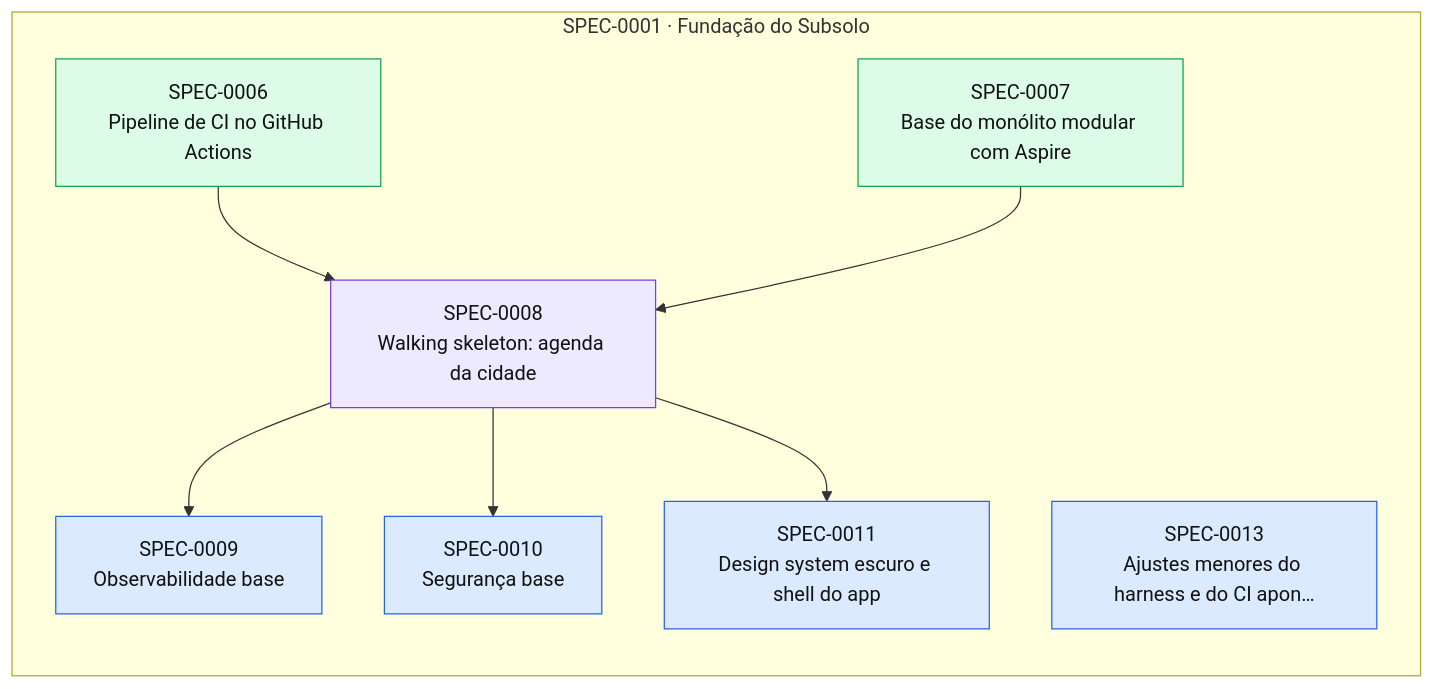
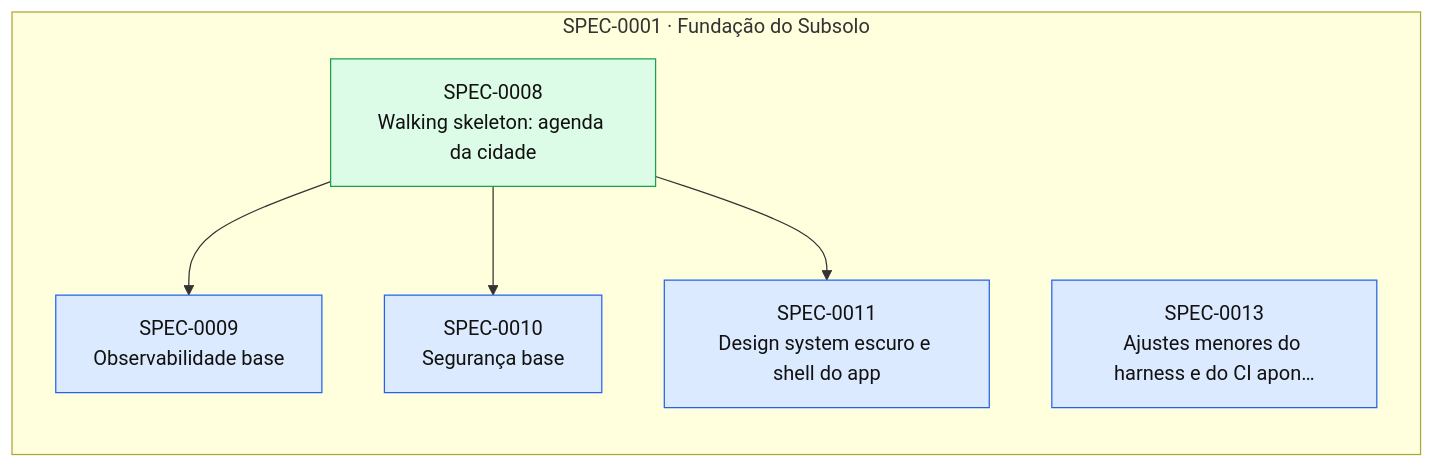
Before and after one commit to thomasravache/subsolo: the diagram in docs/specs/INDEX.md, drawn with Mermaid. The commit also changed other lines of this file and 1 other file, not shown here.

First line of the commit message:
docs(sdd): mark SPEC-0008 implemented

````diff
--- a/docs/specs/INDEX.md
+++ b/docs/specs/INDEX.md
@@ -65,22 +64,18 @@
 ```mermaid
 flowchart LR
   subgraph E0001["SPEC-0001 · Fundação do Subsolo"]
-    S0006["SPEC-0006<br/>Pipeline de CI no GitHub Actions"]:::implemented
-    S0007["SPEC-0007<br/>Base do monólito modular com Aspire"]:::implemented
-    S0008["SPEC-0008<br/>Walking skeleton: agenda da cidade"]:::inprogress
+    S0008["SPEC-0008<br/>Walking skeleton: agenda da cidade"]:::implemented
     S0009["SPEC-0009<br/>Observabilidade base"]:::approved
     S0010["SPEC-0010<br/>Segurança base"]:::approved
     S0011["SPEC-0011<br/>Design system escuro e shell do app"]:::approved
     S0013["SPEC-0013<br/>Ajustes menores do harness e do CI apon…"]:::approved
   end
-  S0006 --> S0008
-  S0007 --> S0008
   S0008 --> S0009
   S0008 --> S0010
   S0008 --> S0011
   classDef proposed fill:#fef3c7,stroke:#d97706,color:#111
   classDef approved fill:#dbeafe,stroke:#2563eb,color:#111
   classDef inprogress fill:#ede9fe,stroke:#7c3aed,color:#111
   classDef implemented fill:#dcfce7,stroke:#16a34a,color:#111
   classDef deprecated fill:#f3f4f6,stroke:#9ca3af,color:#6b7280
 ```
````
